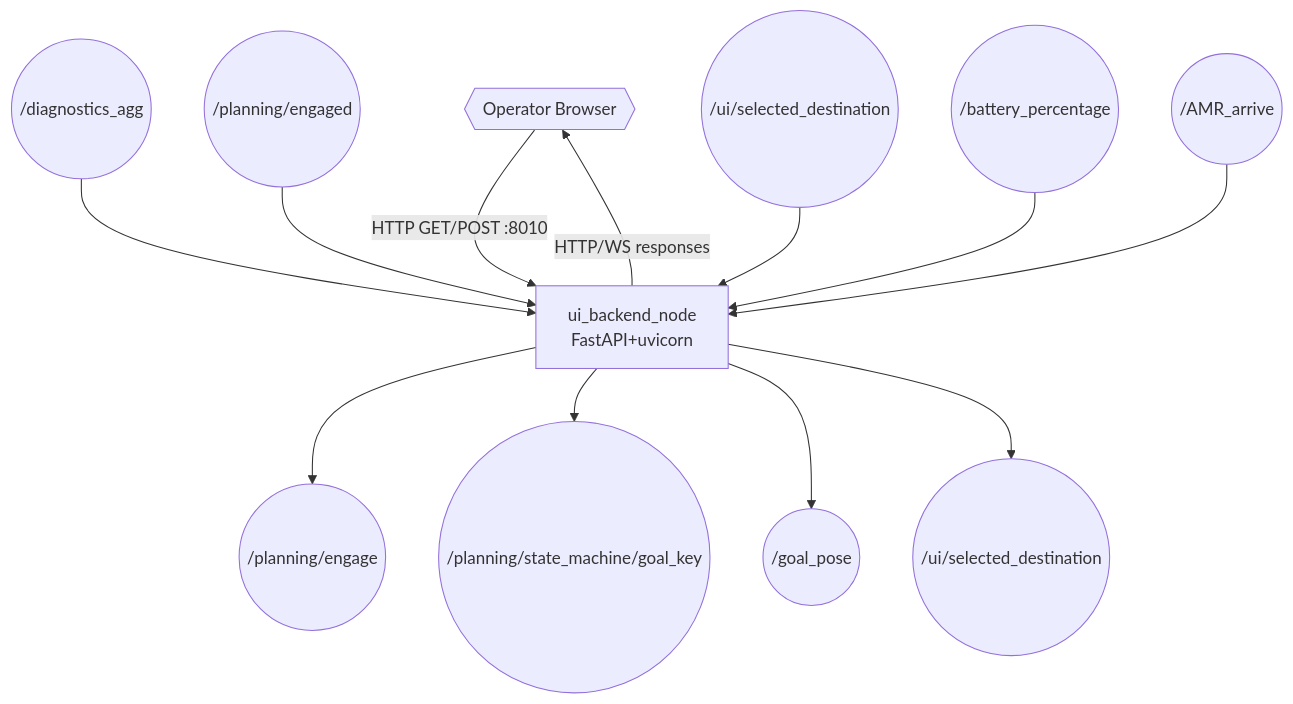
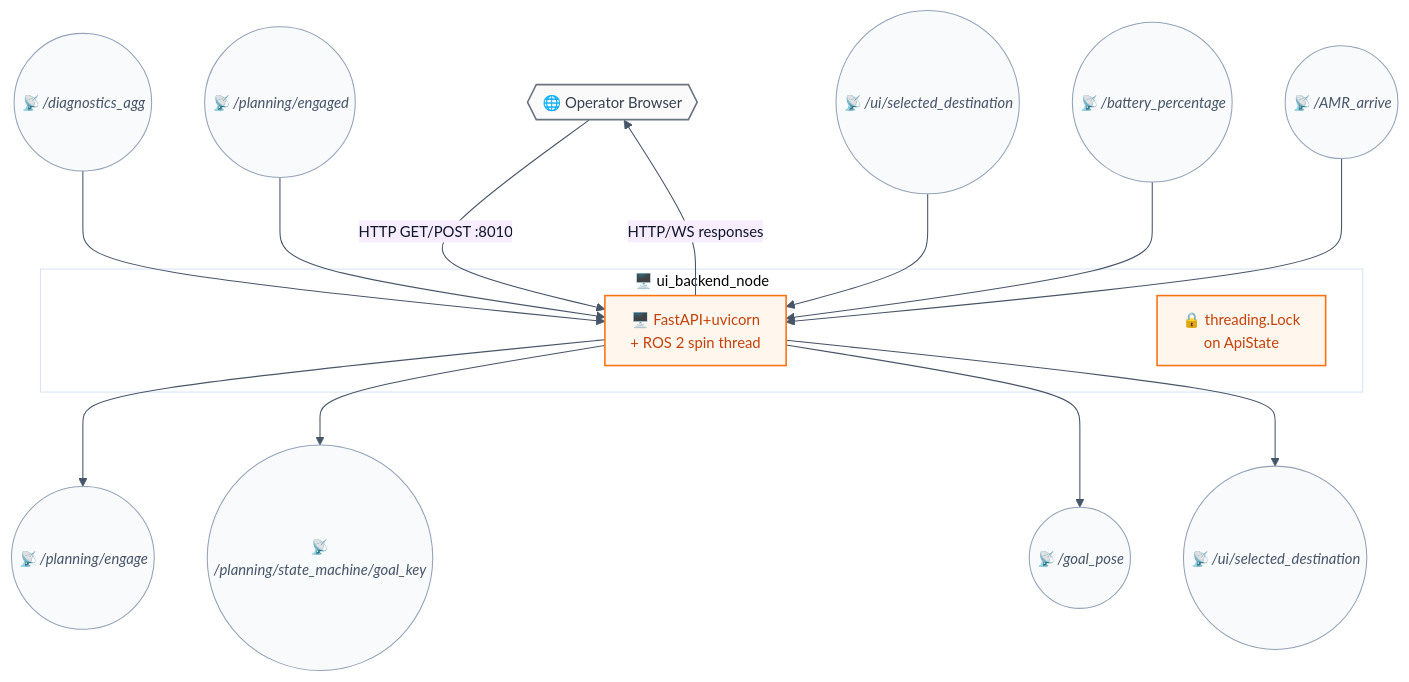
Before and after one commit to hwanhonglee/CAMROD: the second of 5 diagrams in camrod_ui/README.md, drawn with Mermaid. The commit also changed other lines of this file and 12 other files, not shown here.

````diff
--- a/camrod_ui/README.md
+++ b/camrod_ui/README.md
@@ -70,15 +76,26 @@
 ```mermaid
+%%{init: {'theme': 'base', 'themeVariables': {'fontFamily': 'ui-sans-serif, system-ui, sans-serif', 'fontSize': '14px', 'primaryColor': '#FFF7ED', 'primaryTextColor': '#0F172A', 'primaryBorderColor': '#F97316', 'lineColor': '#475569'}, 'flowchart': {'curve': 'basis', 'htmlLabels': true, 'padding': 12}}}%%
 graph TD
-  BROWSER{{Operator Browser}} -->|HTTP GET/POST :8010| BACKEND[ui_backend_node\nFastAPI+uvicorn]
-  DIAGAGG((/diagnostics_agg)) --> BACKEND
-  ENGAGED((/planning/engaged)) --> BACKEND
-  DEST((/ui/selected_destination)) --> BACKEND
-  BATTERY((/battery_percentage)) --> BACKEND
-  ARRIVE((/AMR_arrive)) --> BACKEND
+  BROWSER{{🌐 Operator Browser}}:::hardware -->|HTTP GET/POST :8010| BACKEND
+
+  subgraph BACKEND_BOX["🖥️ ui_backend_node"]
+    BACKEND[🖥️ FastAPI+uvicorn\n+ ROS 2 spin thread]:::ui
+    NOTE[🔒 threading.Lock\non ApiState]:::ui
+  end
+
+  DIAGAGG((📡 /diagnostics_agg)):::topic     --> BACKEND
+  ENGAGED((📡 /planning/engaged)):::topic    --> BACKEND
+  DEST((📡 /ui/selected_destination)):::topic --> BACKEND
+  BATTERY((📡 /battery_percentage)):::topic  --> BACKEND
+  ARRIVE((📡 /AMR_arrive)):::topic           --> BACKEND
 
   BACKEND -->|HTTP/WS responses| BROWSER
-  BACKEND --> ENGAGE((/planning/engage))
-  BACKEND --> GOALKEY((/planning/state_machine/goal_key))
-  BACKEND --> GOALPOSE((/goal_pose))
-  BACKEND --> DEST2((/ui/selected_destination))
+  BACKEND --> ENGAGE((📡 /planning/engage)):::topic
+  BACKEND --> GOALKEY((📡 /planning/state_machine/goal_key)):::topic
+  BACKEND --> GOALPOSE((📡 /goal_pose)):::topic
+  BACKEND --> DEST2((📡 /ui/selected_destination)):::topic
+
+  classDef ui       fill:#FFF7ED,stroke:#F97316,stroke-width:1.5px,color:#C2410C;
+  classDef hardware fill:#FAFAFA,stroke:#6B7280,stroke-width:1.5px,color:#374151;
+  classDef topic    fill:#F8FAFC,stroke:#94A3B8,stroke-width:1px,color:#475569,font-style:italic;
 ```
````
